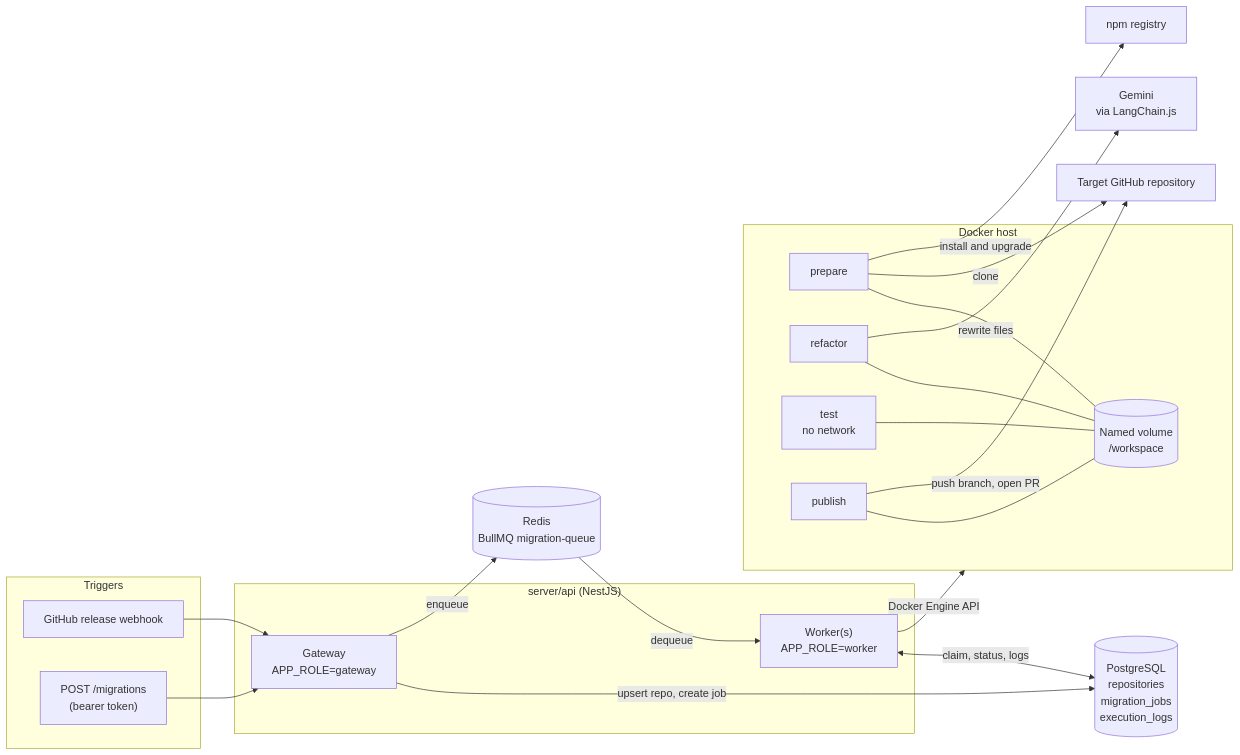
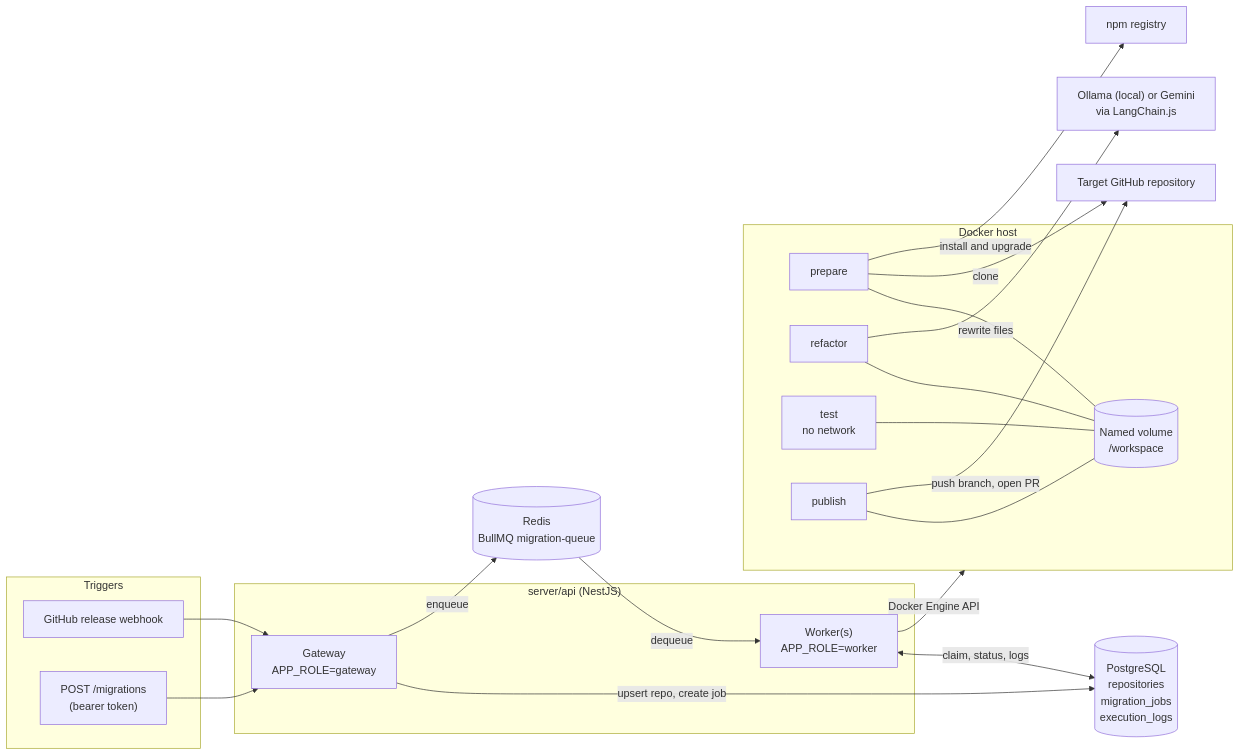
The first of 6 diagrams in README.md (kiet08hogit/SyncLab), drawn with Mermaid before and after one commit. The commit also changed other lines of this file and 24 other files, not shown here.

First line of the commit message:
add an LLM provider switch and run migrations on a local Ollama model by default

````diff
--- a/README.md
+++ b/README.md
@@ -34,40 +34,40 @@
 ```mermaid
 flowchart LR
     subgraph Triggers
         GH["GitHub release webhook"]
         API["POST /migrations<br/>(bearer token)"]
     end
 
     subgraph Server["server/api (NestJS)"]
         GW["Gateway<br/>APP_ROLE=gateway"]
         WK["Worker(s)<br/>APP_ROLE=worker"]
     end
 
     PG[("PostgreSQL<br/>repositories<br/>migration_jobs<br/>execution_logs")]
     RD[("Redis<br/>BullMQ migration-queue")]
 
     subgraph Docker["Docker host"]
         VOL[("Named volume<br/>/workspace")]
         P["prepare"]
         R["refactor"]
         T["test<br/>no network"]
         PB["publish"]
     end
 
-    LLM["Gemini<br/>via LangChain.js"]
+    LLM["Ollama (local) or Gemini<br/>via LangChain.js"]
     NPM["npm registry"]
     REPO["Target GitHub repository"]
 
     GH --> GW
     API --> GW
     GW -->|"upsert repo, create job"| PG
     GW -->|"enqueue"| RD
     RD -->|"dequeue"| WK
     WK <-->|"claim, status, logs"| PG
     WK -->|"Docker Engine API"| Docker
     P & R & T & PB --- VOL
     P -->|"clone"| REPO
     P -->|"install and upgrade"| NPM
     R -->|"rewrite files"| LLM
     PB -->|"push branch, open PR"| REPO
 ```
````
